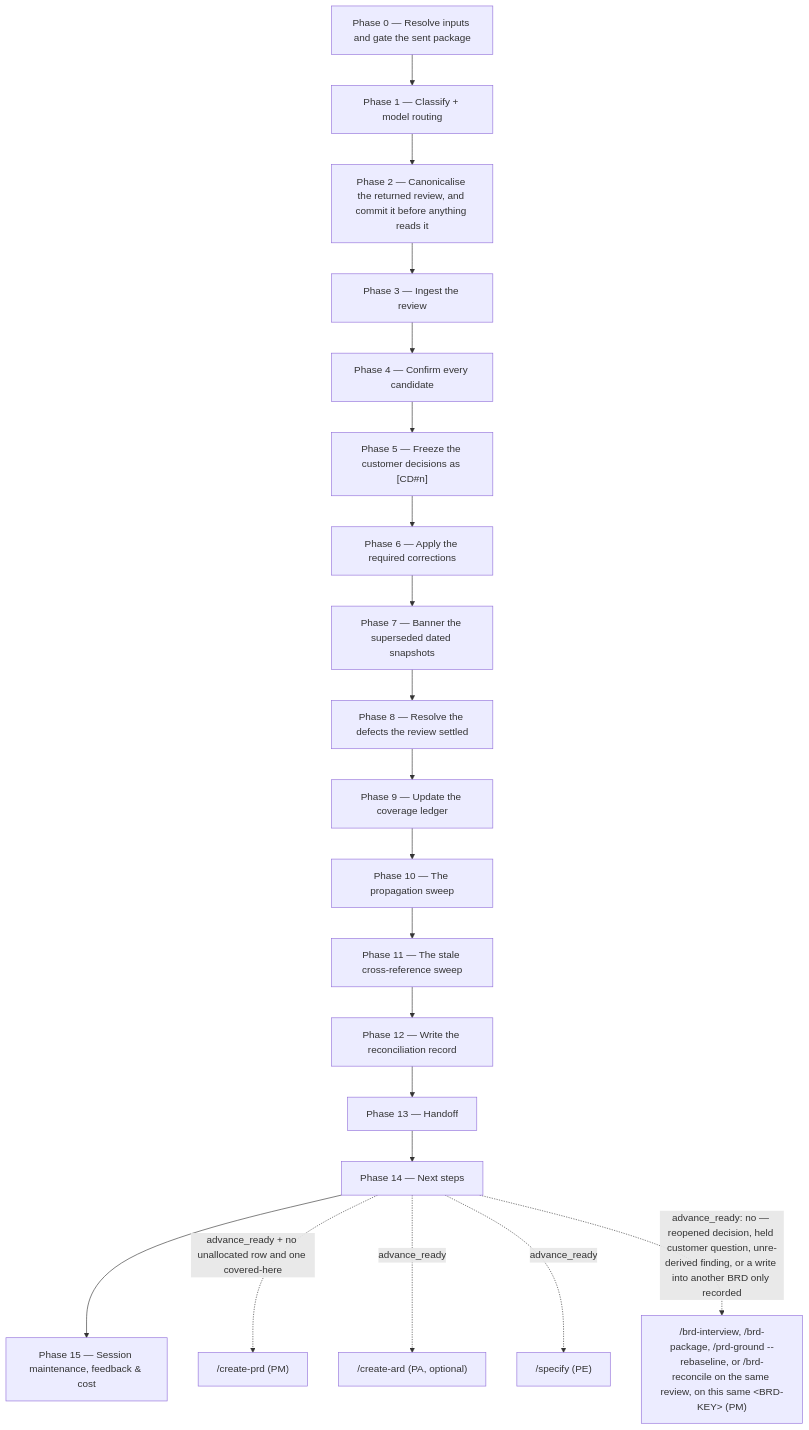
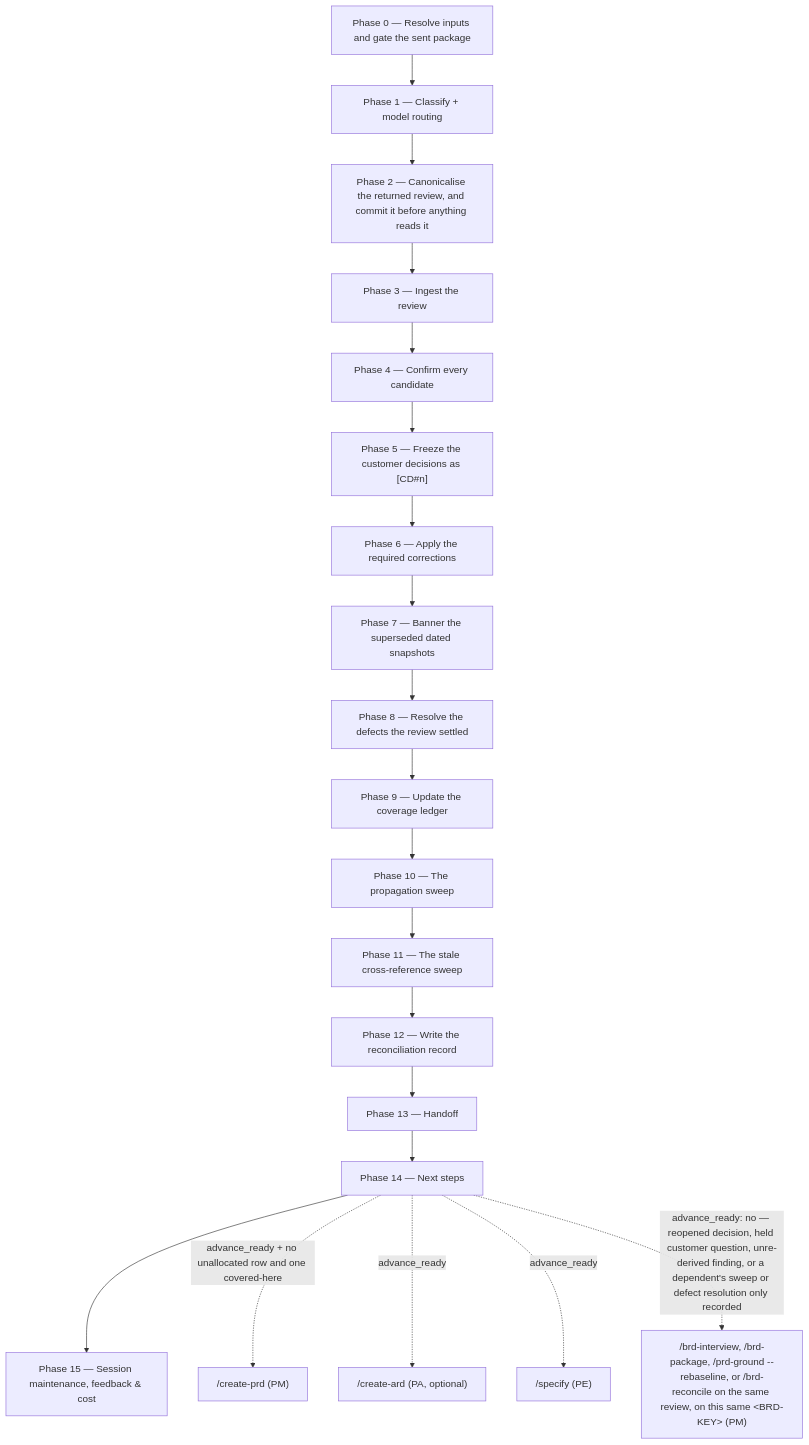
Before and after one commit to ihudak/ai-workflows: the diagram in plugins/product-workflows/docs/commands/brd-reconcile.md, drawn with Mermaid. The commit also changed other lines of this file and 8 other files, not shown here.

First line of the commit message:
fix(brd-reconcile): review #2 — recorded resolutions land in pass order; Package again waits behind Land

````diff
--- a/plugins/product-workflows/docs/commands/brd-reconcile.md
+++ b/plugins/product-workflows/docs/commands/brd-reconcile.md
@@ -101,22 +102,22 @@
 ```mermaid
 flowchart TD
     p0["Phase 0 — Resolve inputs and gate the sent package"] --> p1["Phase 1 — Classify + model routing"]
     p1 --> p2["Phase 2 — Canonicalise the returned review, and commit it before anything reads it"]
     p2 --> p3["Phase 3 — Ingest the review"]
     p3 --> p4["Phase 4 — Confirm every candidate"]
     p4 --> p5["Phase 5 — Freeze the customer decisions as [CD#n]"]
     p5 --> p6["Phase 6 — Apply the required corrections"]
     p6 --> p7["Phase 7 — Banner the superseded dated snapshots"]
     p7 --> p8["Phase 8 — Resolve the defects the review settled"]
     p8 --> p9["Phase 9 — Update the coverage ledger"]
     p9 --> p10["Phase 10 — The propagation sweep"]
     p10 --> p11["Phase 11 — The stale cross-reference sweep"]
     p11 --> p12["Phase 12 — Write the reconciliation record"]
     p12 --> p13["Phase 13 — Handoff"]
     p13 --> p14["Phase 14 — Next steps"]
     p14 --> p15["Phase 15 — Session maintenance, feedback & cost"]
     p14 -.->|"advance_ready + no unallocated row and one covered-here"| prd["/create-prd (PM)"]
     p14 -.->|"advance_ready"| ard["/create-ard (PA, optional)"]
     p14 -.->|"advance_ready"| spec["/specify (PE)"]
-    p14 -.->|"advance_ready: no — reopened decision, held customer question, unre-derived finding, or a write into another BRD only recorded"| reentry["/brd-interview, /brd-package, /prd-ground --rebaseline, or /brd-reconcile on the same review, on this same &lt;BRD-KEY&gt; (PM)"]
+    p14 -.->|"advance_ready: no — reopened decision, held customer question, unre-derived finding, or a dependent's sweep or defect resolution only recorded"| reentry["/brd-interview, /brd-package, /prd-ground --rebaseline, or /brd-reconcile on the same review, on this same &lt;BRD-KEY&gt; (PM)"]
 ```
````
